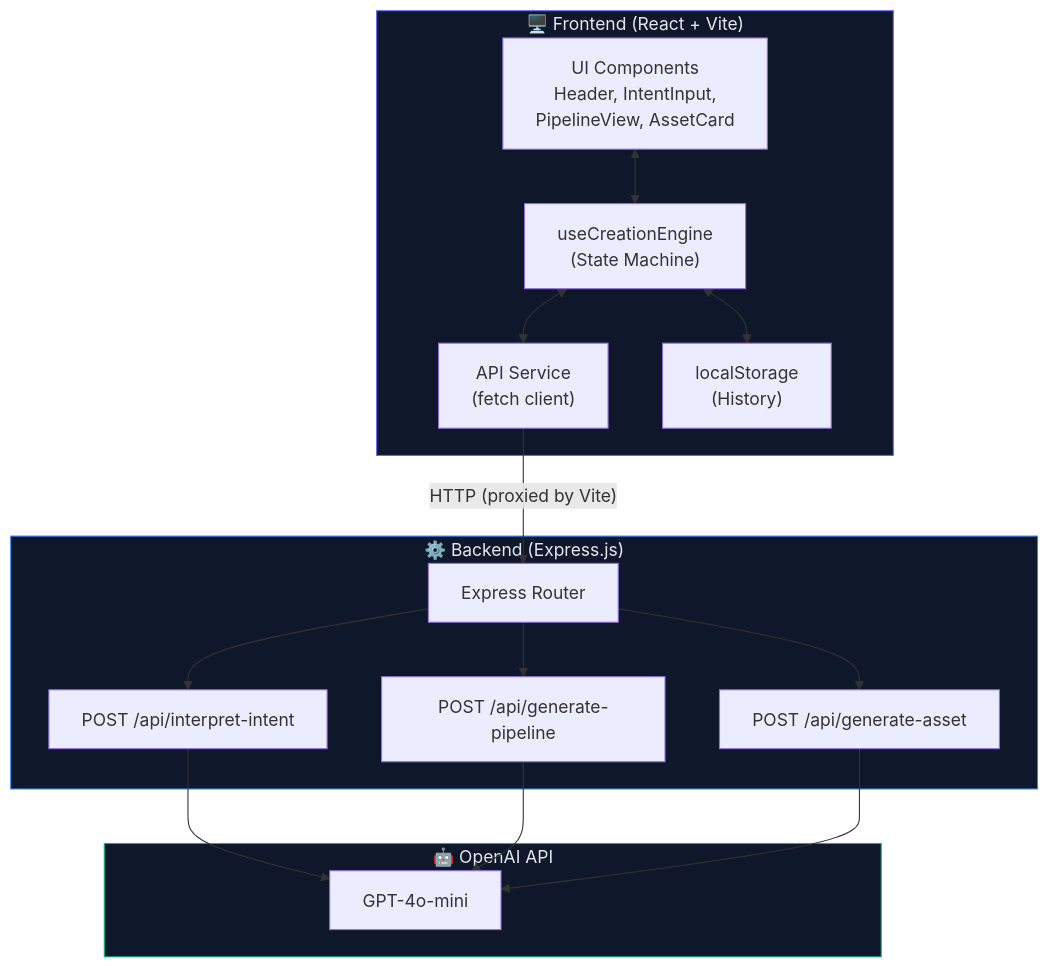
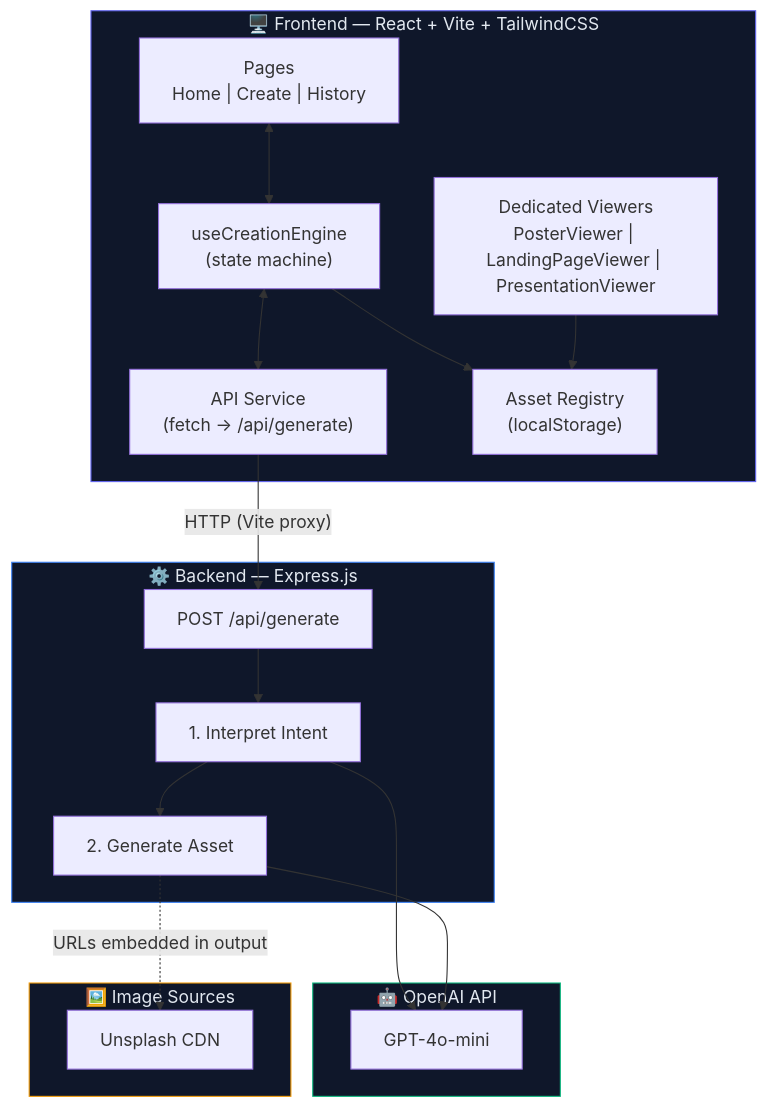
Before and after one commit to nitinog10/Campus-Os: the fourth of 6 diagrams in README.md, drawn with Mermaid. The commit also changed other lines of this file, not shown here.

````diff
--- a/README.md
+++ b/README.md
@@ -165,37 +152,42 @@
 ```mermaid
 graph TB
-    subgraph Client["🖥️ Frontend (React + Vite)"]
-        UI["UI Components\nHeader, IntentInput,\nPipelineView, AssetCard"]
-        Hook["useCreationEngine\n(State Machine)"]
-        API["API Service\n(fetch client)"]
-        Store["localStorage\n(History)"]
+    subgraph Client["🖥️ Frontend — React + Vite + TailwindCSS"]
+        Pages["Pages\nHome | Create | History"]
+        Viewers["Dedicated Viewers\nPosterViewer | LandingPageViewer | PresentationViewer"]
+        Hook["useCreationEngine\n(state machine)"]
+        APIClient["API Service\n(fetch → /api/generate)"]
+        Registry["Asset Registry\n(localStorage)"]
         
-        UI <--> Hook
-        Hook <--> API
-        Hook <--> Store
+        Pages <--> Hook
+        Hook <--> APIClient
+        Hook --> Registry
+        Viewers --> Registry
     end
     
-    subgraph Server["⚙️ Backend (Express.js)"]
-        Router["Express Router"]
-        R1["POST /api/interpret-intent"]
-        R2["POST /api/generate-pipeline"]
-        R3["POST /api/generate-asset"]
+    subgraph Server["⚙️ Backend — Express.js"]
+        Router["POST /api/generate"]
+        IntentStep["1. Interpret Intent"]
+        GenStep["2. Generate Asset"]
         
-        Router --> R1
-        Router --> R2
-        Router --> R3
+        Router --> IntentStep
+        IntentStep --> GenStep
     end
     
     subgraph AI["🤖 OpenAI API"]
         GPT["GPT-4o-mini"]
     end
     
-    API -->|"HTTP (proxied by Vite)"| Router
-    R1 --> GPT
-    R2 --> GPT
-    R3 --> GPT
+    subgraph Images["🖼️ Image Sources"]
+        Unsplash["Unsplash CDN"]
+    end
+    
+    APIClient -->|"HTTP (Vite proxy)"| Router
+    IntentStep --> GPT
+    GenStep --> GPT
+    GenStep -.->|"URLs embedded in output"| Unsplash
     
     style Client fill:#0f172a,stroke:#6366f1,color:#e2e8f0
     style Server fill:#0f172a,stroke:#3b82f6,color:#e2e8f0
     style AI fill:#0f172a,stroke:#10b981,color:#e2e8f0
+    style Images fill:#0f172a,stroke:#f59e0b,color:#e2e8f0
 ```
````
